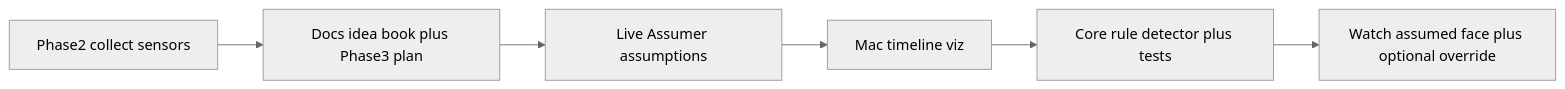
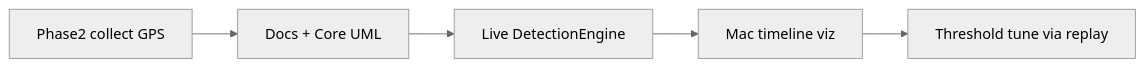
The diagram in Docs/Phase3.md (DCSBL/rppl), drawn with Mermaid (neutral theme) before and after one commit. The commit also changed other lines of this file and 33 other files, not shown here.

````diff
--- a/Docs/Phase3.md
+++ b/Docs/Phase3.md
@@ -51,14 +44,12 @@
 ```mermaid
 flowchart LR
-  collect[Phase2 collect sensors]
-  assume[Live Assumer assumptions]
-  docs[Docs idea book plus Phase3 plan]
+  collect[Phase2 collect GPS]
+  detect[Live DetectionEngine]
+  docs[Docs + Core UML]
   viz[Mac timeline viz]
-  core[Core rule detector plus tests]
-  live[Watch assumed face plus optional override]
+  tune[Threshold tune via replay]
   collect --> docs
-  docs --> assume
-  assume --> viz
-  viz --> core
-  core --> live
+  docs --> detect
+  detect --> viz
+  viz --> tune
 ```
````
